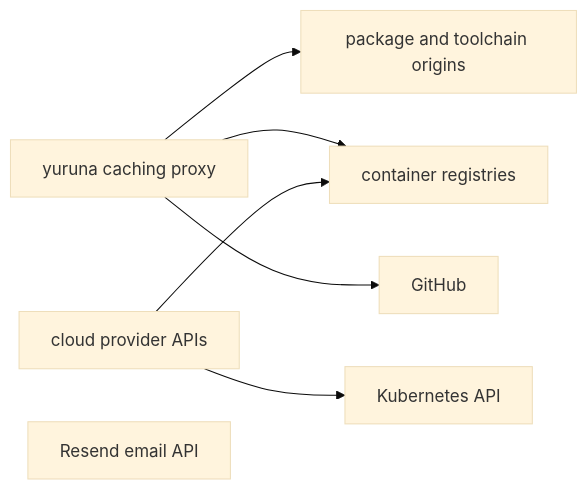
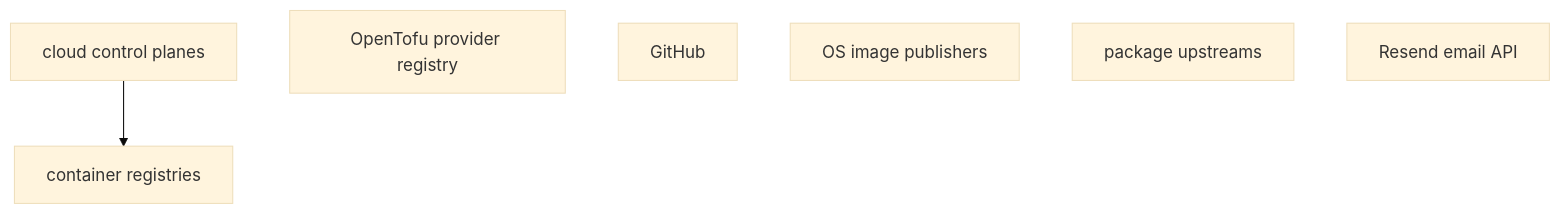
The seventh of 7 diagrams in docs/design/02-component-breakdown.md (alissonsol/yuruna), drawn with Mermaid (base theme) before and after one commit. The commit also changed other lines of this file and 752 other files, not shown here.

````diff
--- a/docs/design/02-component-breakdown.md
+++ b/docs/design/02-component-breakdown.md
@@ -799,16 +736,12 @@
 ```mermaid
-flowchart LR
-    caching-proxy["yuruna caching proxy"]
-    package-origins["package and toolchain origins"]
+flowchart TD
+    cloud-control-planes["cloud control planes"]
+    opentofu-provider-registry["OpenTofu provider registry"]
     container-registries["container registries"]
     github["GitHub"]
-    cloud-apis["cloud provider APIs"]
-    cluster-api["Kubernetes API"]
-    resend-api["Resend email API"]
+    os-image-publishers["OS image publishers"]
+    package-upstreams["package upstreams"]
+    resend-email-api["Resend email API"]
 
-    caching-proxy --> package-origins
-    caching-proxy --> container-registries
-    caching-proxy --> github
-    cloud-apis --> container-registries
-    cloud-apis --> cluster-api
+    cloud-control-planes --> container-registries
 ```
````
